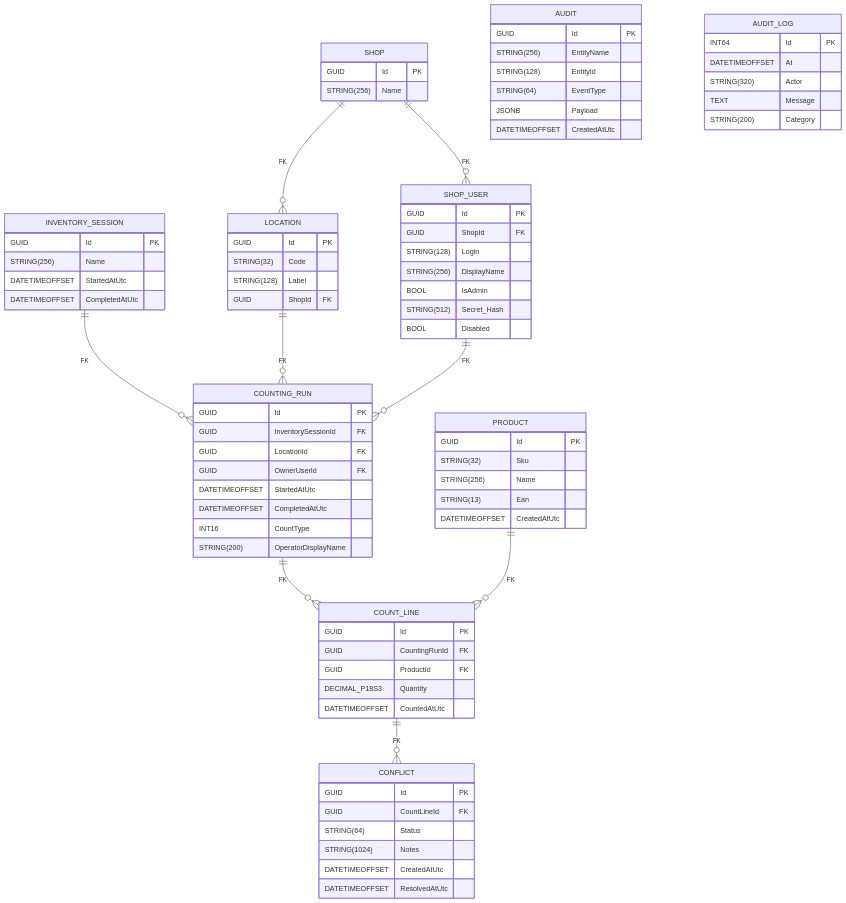
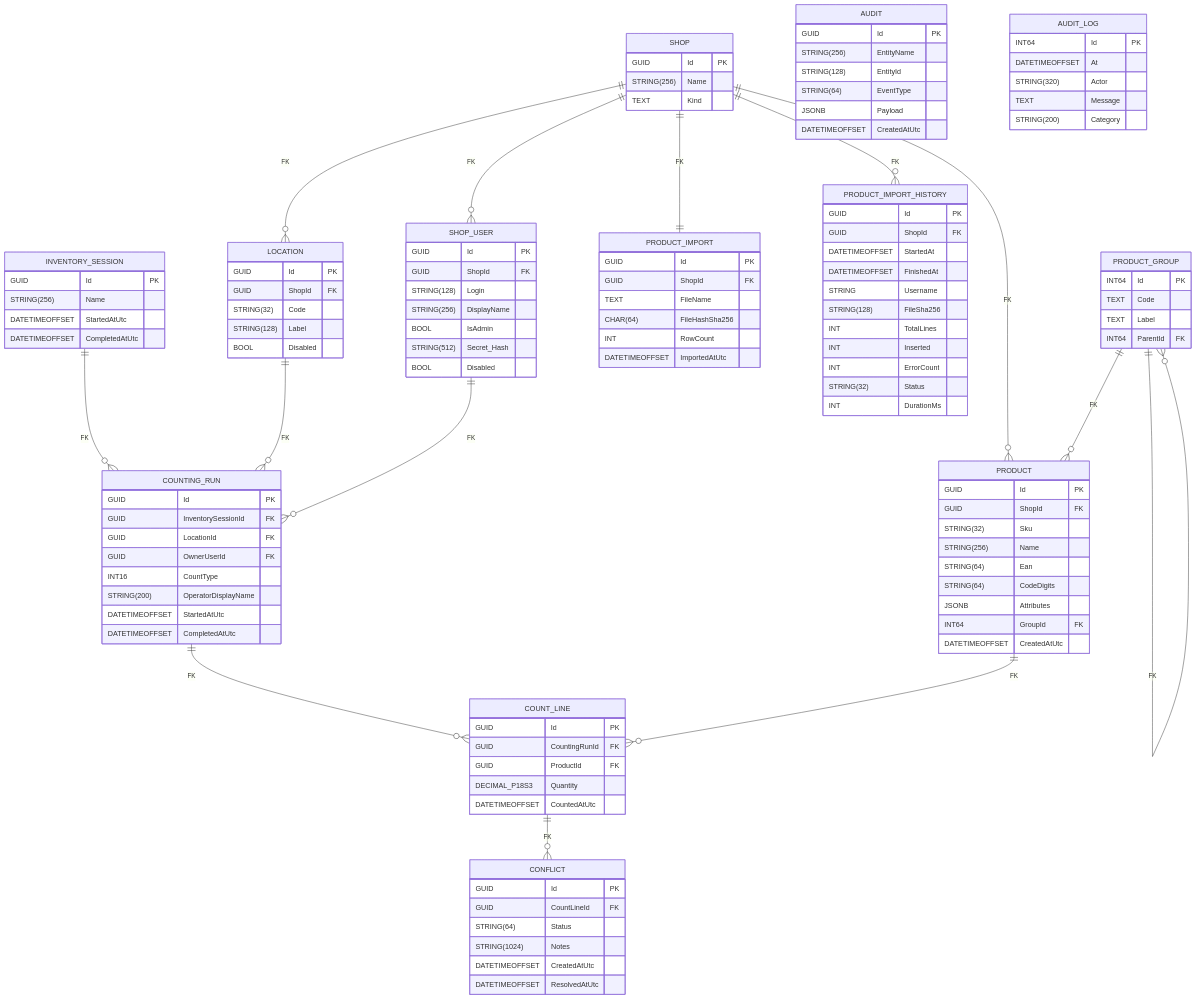
One commit to TSF-IT/CineBoutique-Inventaire changed the second of 2 diagrams in docs/database/README.md. Above: the diagram before and after it, drawn with Mermaid. The commit also changed other lines of this file and 35 other files, not shown here.

````diff
--- a/docs/database/README.md
+++ b/docs/database/README.md
@@ -33,6 +37,14 @@
     SHOP {
         GUID Id PK
         STRING(256) Name
+        TEXT Kind
+    }
+    LOCATION {
+        GUID Id PK
+        GUID ShopId FK
+        STRING(32) Code
+        STRING(128) Label
+        BOOL Disabled
     }
     SHOP_USER {
         GUID Id PK
@@ -43,18 +55,43 @@
         STRING(512) Secret_Hash
         BOOL Disabled
     }
+    PRODUCT_GROUP {
+        INT64 Id PK
+        TEXT Code
+        TEXT Label
+        INT64 ParentId FK
+    }
     PRODUCT {
         GUID Id PK
+        GUID ShopId FK
         STRING(32) Sku
         STRING(256) Name
-        STRING(13) Ean
+        STRING(64) Ean
+        STRING(64) CodeDigits
+        JSONB Attributes
+        INT64 GroupId FK
         DATETIMEOFFSET CreatedAtUtc
     }
-    LOCATION {
+    PRODUCT_IMPORT {
         GUID Id PK
-        STRING(32) Code
-        STRING(128) Label
         GUID ShopId FK
+        TEXT FileName
+        CHAR(64) FileHashSha256
+        INT RowCount
+        DATETIMEOFFSET ImportedAtUtc
+    }
+    PRODUCT_IMPORT_HISTORY {
+        GUID Id PK
+        GUID ShopId FK
+        DATETIMEOFFSET StartedAt
+        DATETIMEOFFSET FinishedAt
+        STRING Username
+        STRING(128) FileSha256
+        INT TotalLines
+        INT Inserted
+        INT ErrorCount
+        STRING(32) Status
+        INT DurationMs
     }
     INVENTORY_SESSION {
         GUID Id PK
@@ -67,10 +104,10 @@
         GUID InventorySessionId FK
         GUID LocationId FK
         GUID OwnerUserId FK
+        INT16 CountType
+        STRING(200) OperatorDisplayName
         DATETIMEOFFSET StartedAtUtc
         DATETIMEOFFSET CompletedAtUtc
-        INT16 CountType
-        STRING(200) OperatorDisplayName
     }
     COUNT_LINE {
         GUID Id PK
@@ -104,11 +141,16 @@
     }
 
     SHOP ||--o{ LOCATION : "FK"
+    SHOP ||--o{ SHOP_USER : "FK"
+    SHOP ||--o{ PRODUCT : "FK"
+    SHOP ||--|| PRODUCT_IMPORT : "FK"
+    SHOP ||--o{ PRODUCT_IMPORT_HISTORY : "FK"
+    PRODUCT_GROUP ||--o{ PRODUCT_GROUP : "FK"
+    PRODUCT_GROUP ||--o{ PRODUCT : "FK"
     INVENTORY_SESSION ||--o{ COUNTING_RUN : "FK"
     LOCATION ||--o{ COUNTING_RUN : "FK"
     SHOP_USER ||--o{ COUNTING_RUN : "FK"
     COUNTING_RUN ||--o{ COUNT_LINE : "FK"
     PRODUCT ||--o{ COUNT_LINE : "FK"
     COUNT_LINE ||--o{ CONFLICT : "FK"
-    SHOP ||--o{ SHOP_USER : "FK"
 ```
````
